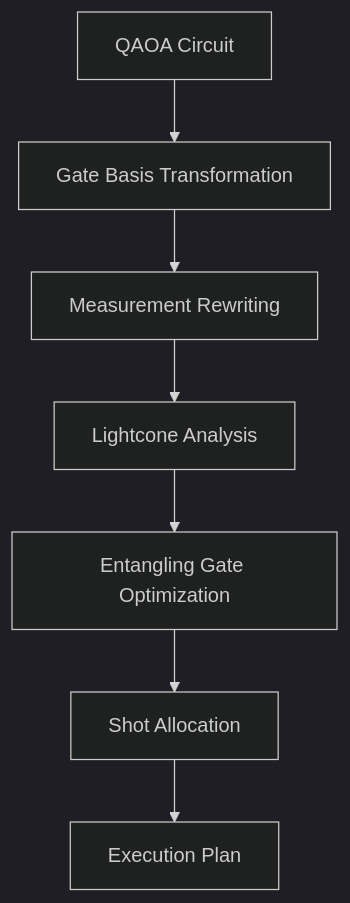
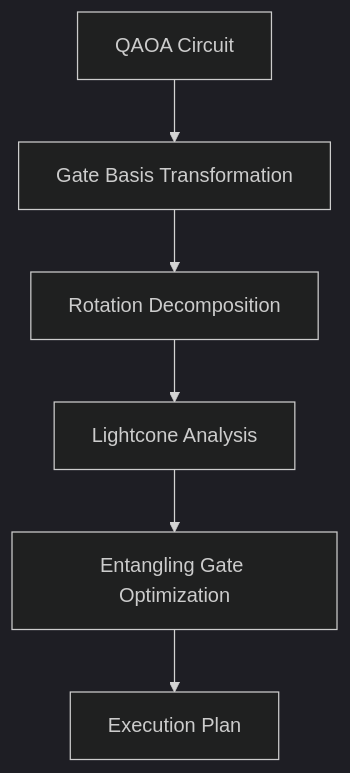
Before and after one commit to QureGenAI-Biotech/TyxonQ: the tenth of 14 diagrams in .qoder/repowiki/en/content/Core Framework Architecture/Compiler Pipeline/Compiler Pipeline.md, drawn with Mermaid (dark theme). The commit also changed other lines of this file and 516 other files, not shown here.

````diff
--- a/.qoder/repowiki/en/content/Core Framework Architecture/Compiler Pipeline/Compiler Pipeline.md
+++ b/.qoder/repowiki/en/content/Core Framework Architecture/Compiler Pipeline/Compiler Pipeline.md
@@ -465,9 +358,8 @@
 ```mermaid
 flowchart TD
 A[QAOA Circuit] --> B[Gate Basis Transformation]
-B --> C[Measurement Rewriting]
+B --> C[Rotation Decomposition]
 C --> D[Lightcone Analysis]
 D --> E[Entangling Gate Optimization]
-E --> F[Shot Allocation]
-F --> G[Execution Plan]
+E --> F[Execution Plan]
 ```
````
